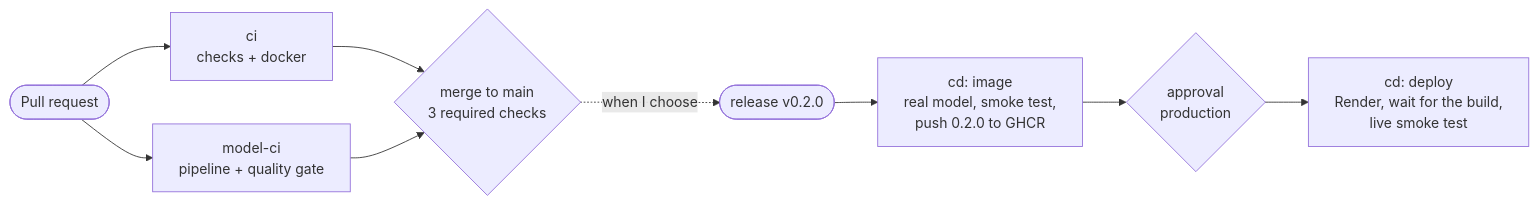
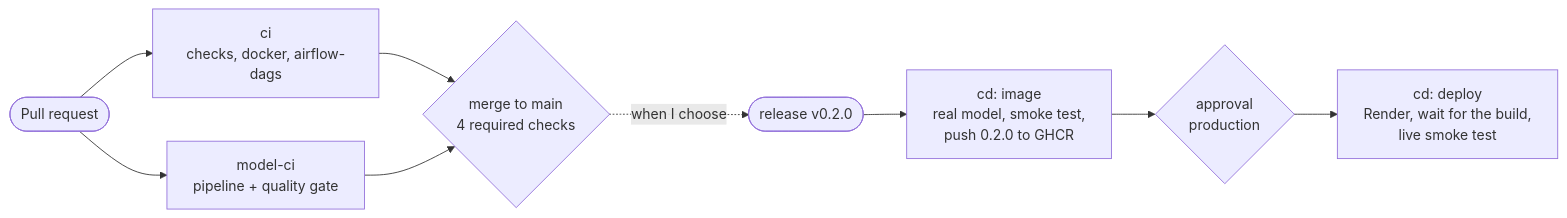
Before and after one commit to you-ssef-dan/anomaly-inspector: the first of 2 diagrams in README.md, drawn with Mermaid. The commit also changed other lines of this file and 4 other files, not shown here.

First line of the commit message:
test(airflow): DAG tests in Airflow's image, and an airflow-dags CI job (#51)

````diff
--- a/README.md
+++ b/README.md
@@ -383,11 +383,11 @@
 ```mermaid
 flowchart LR
-  pr([Pull request]) --> ci["ci<br/>checks + docker"]
+  pr([Pull request]) --> ci["ci<br/>checks, docker, airflow-dags"]
   pr --> mci["model-ci<br/>pipeline + quality gate"]
-  ci --> merge{"merge to main<br/>3 required checks"}
+  ci --> merge{"merge to main<br/>4 required checks"}
   mci --> merge
   merge -.->|when I choose| release(["release v0.2.0"])
   release --> image["cd: image<br/>real model, smoke test,<br/>push 0.2.0 to GHCR"]
   image --> ok{"approval<br/>production"}
   ok --> deploy["cd: deploy<br/>Render, wait for the build,<br/>live smoke test"]
 ```
````
